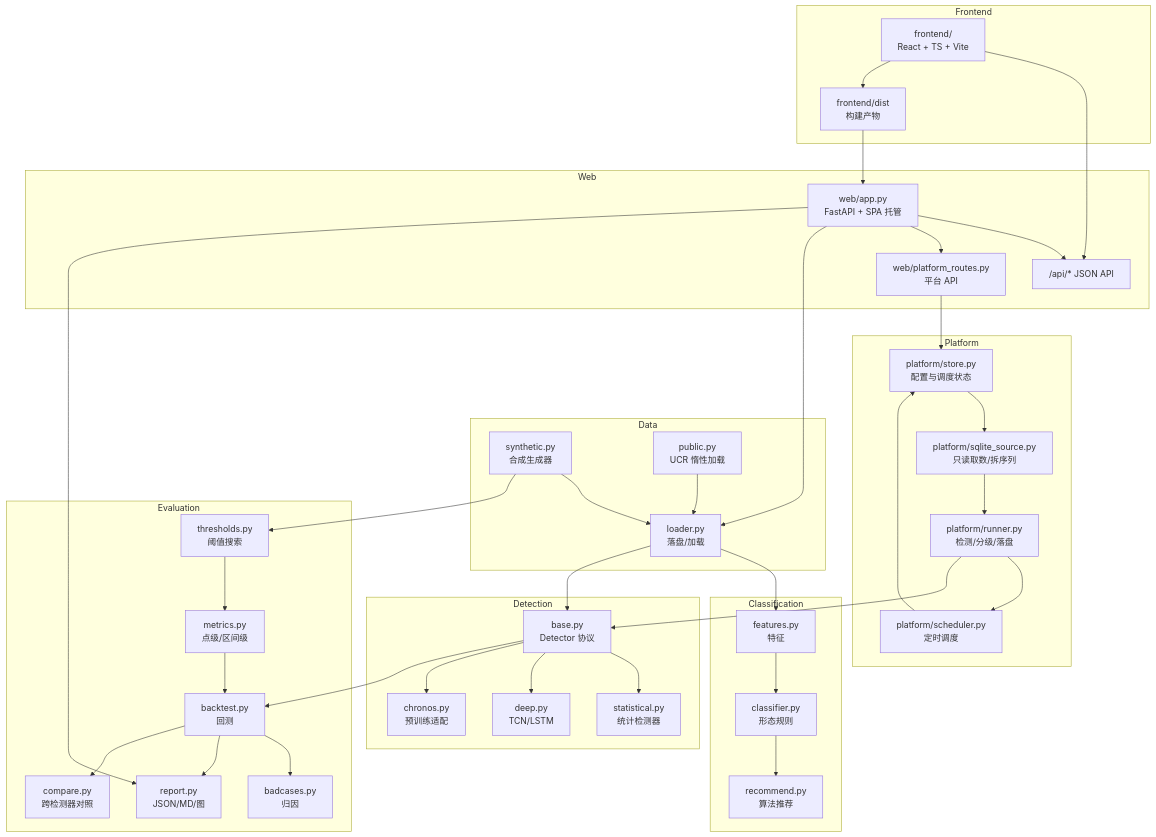
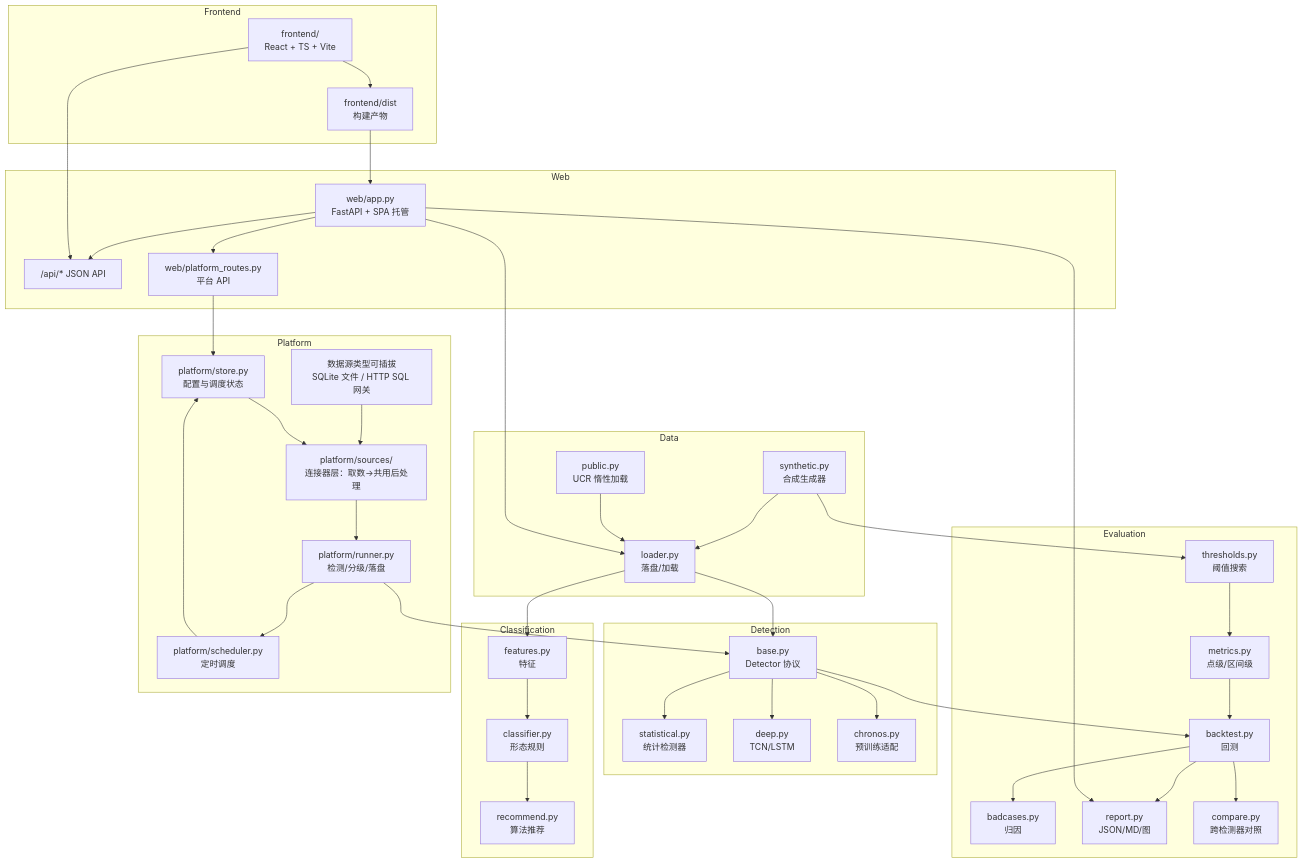
One commit to RiverWind1024/anomaly-lab changed the first of 3 diagrams in docs/ARCHITECTURE.md. Above: the diagram before and after it, drawn with Mermaid. The commit also changed other lines of this file and 3 other files, not shown here.

````diff
--- a/docs/ARCHITECTURE.md
+++ b/docs/ARCHITECTURE.md
@@ -5,46 +5,47 @@
 ```mermaid
 flowchart TD
   subgraph Data
     S[synthetic.py<br/>合成生成器] --> L[loader.py<br/>落盘/加载]
     P[public.py<br/>UCR 惰性加载] --> L
   end
   subgraph Classification
     F[features.py<br/>特征] --> C[classifier.py<br/>形态规则]
     C --> R[recommend.py<br/>算法推荐]
   end
   subgraph Detection
     B[base.py<br/>Detector 协议] --> ST[statistical.py<br/>统计检测器]
     B --> D[deep.py<br/>TCN/LSTM]
     B --> CH[chronos.py<br/>预训练适配]
   end
   subgraph Evaluation
     T[thresholds.py<br/>阈值搜索] --> M[metrics.py<br/>点级/区间级]
     M --> BT[backtest.py<br/>回测]
     BT --> BC[badcases.py<br/>归因]
     BT --> RP[report.py<br/>JSON/MD/图]
     BT --> CP[compare.py<br/>跨检测器对照]
   end
   subgraph Web
     W[web/app.py<br/>FastAPI + SPA 托管] --> API["/api/* JSON API"]
     W --> PR[web/platform_routes.py<br/>平台 API]
   end
   subgraph Frontend
     FE[frontend/<br/>React + TS + Vite] --> API
     FE --> DIST[frontend/dist<br/>构建产物]
     DIST --> W
   end
   subgraph Platform
-    PS[platform/store.py<br/>配置与调度状态] --> SRC[platform/sqlite_source.py<br/>只读取数/拆序列]
+    DS[数据源类型可插拔<br/>SQLite 文件 / HTTP SQL 网关] --> SRC[platform/sources/<br/>连接器层：取数→共用后处理]
+    PS[platform/store.py<br/>配置与调度状态] --> SRC
     SRC --> RN[platform/runner.py<br/>检测/分级/落盘]
     RN --> SCH[platform/scheduler.py<br/>定时调度]
     SCH --> PS
   end
   L --> F
   L --> B
   S --> T
   B --> BT
   W --> L
   W --> RP
   PR --> PS
   RN --> B
 ```
````
